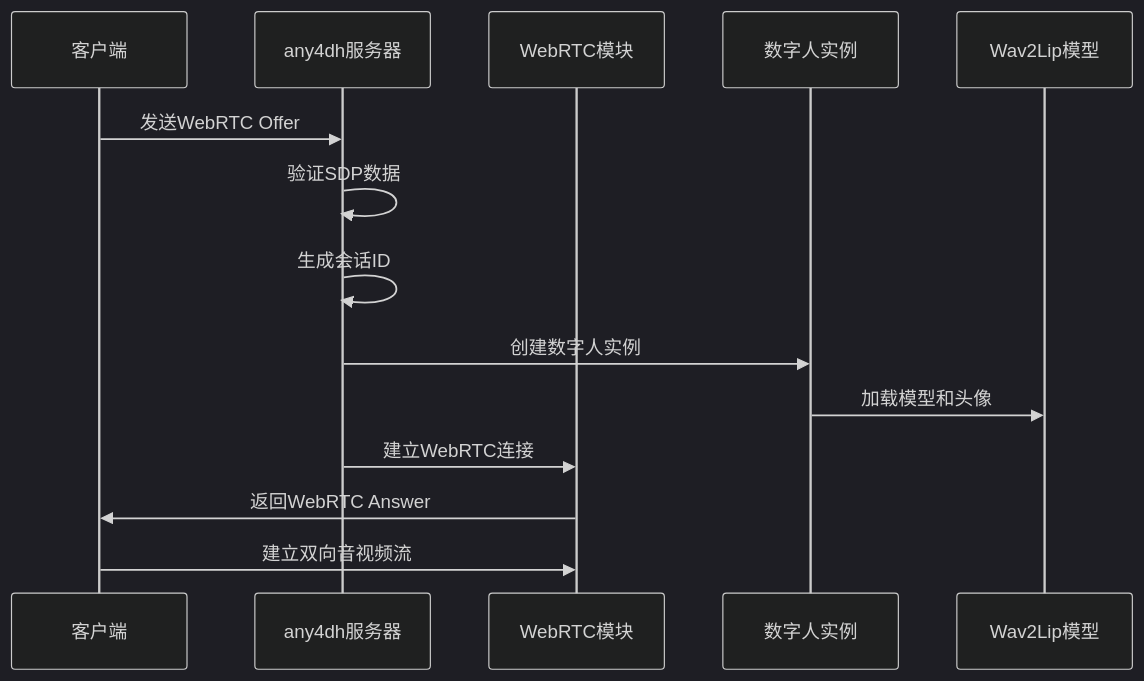
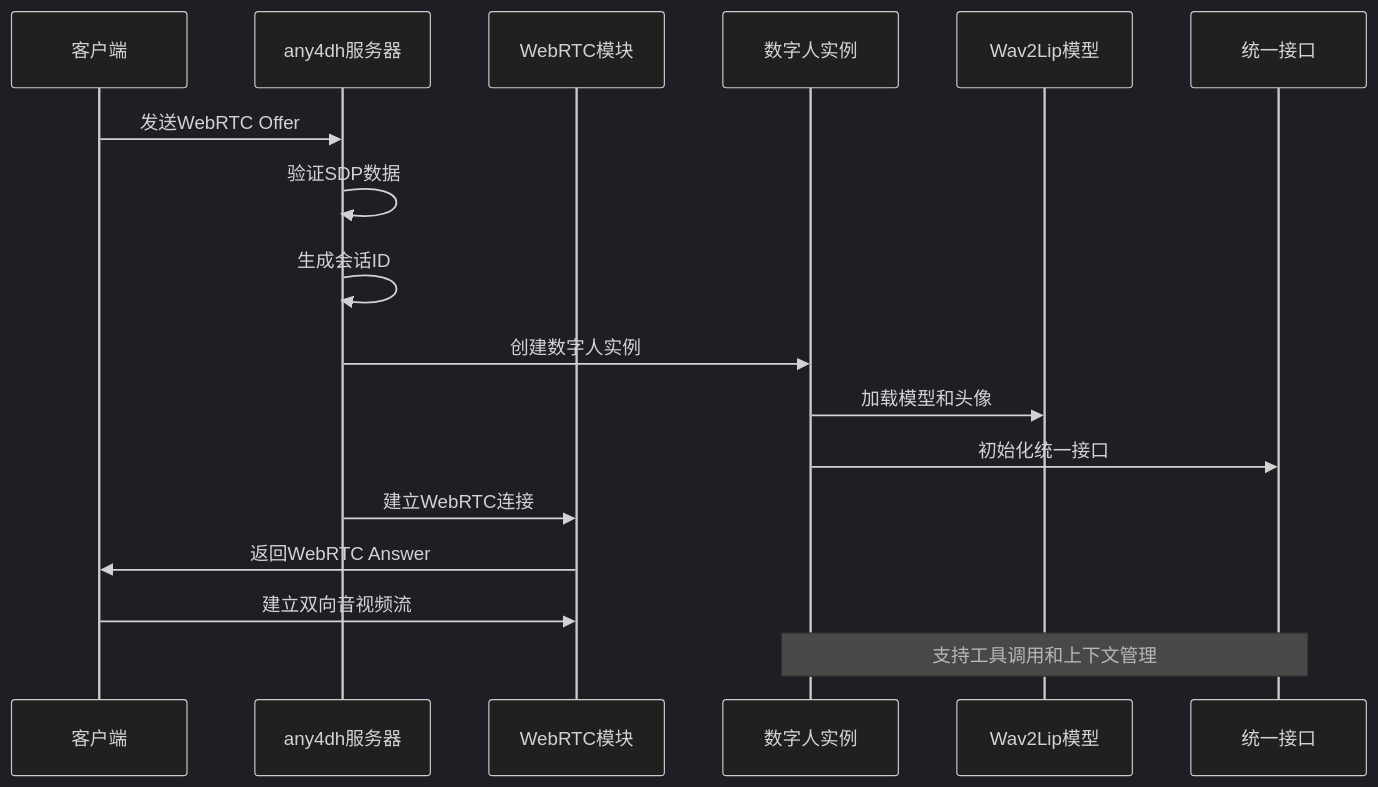
One commit to eogee/any4any changed the first of 4 diagrams in docs/zh/any4dh系统说明文档.md. Above: the diagram before and after it, drawn with Mermaid (dark theme). The commit also changed other lines of this file and 10 other files, not shown here.

````diff
--- a/docs/zh/any4dh系统说明文档.md
+++ b/docs/zh/any4dh系统说明文档.md
@@ -39,17 +53,20 @@
 ```mermaid
 sequenceDiagram
     participant Client as 客户端
     participant Server as any4dh服务器
     participant WebRTC as WebRTC模块
     participant DigitalHuman as 数字人实例
     participant Wav2Lip as Wav2Lip模型
+    participant UnifiedInterface as 统一接口
 
     Client->>Server: 发送WebRTC Offer
     Server->>Server: 验证SDP数据
     Server->>Server: 生成会话ID
     Server->>DigitalHuman: 创建数字人实例
     DigitalHuman->>Wav2Lip: 加载模型和头像
+    DigitalHuman->>UnifiedInterface: 初始化统一接口
     Server->>WebRTC: 建立WebRTC连接
     WebRTC->>Client: 返回WebRTC Answer
     Client->>WebRTC: 建立双向音视频流
+    Note over DigitalHuman,UnifiedInterface: 支持工具调用和上下文管理
 ```
````
